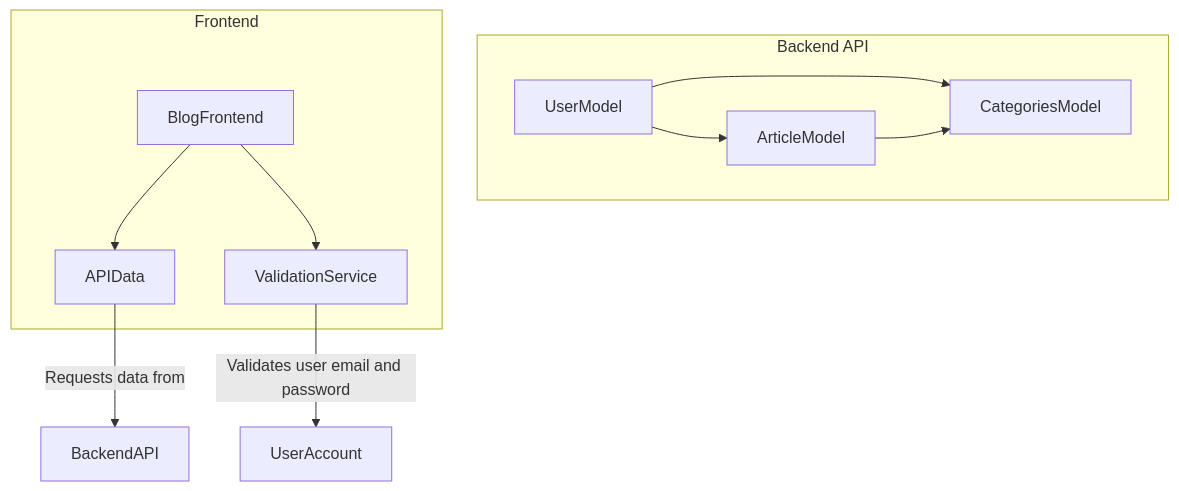
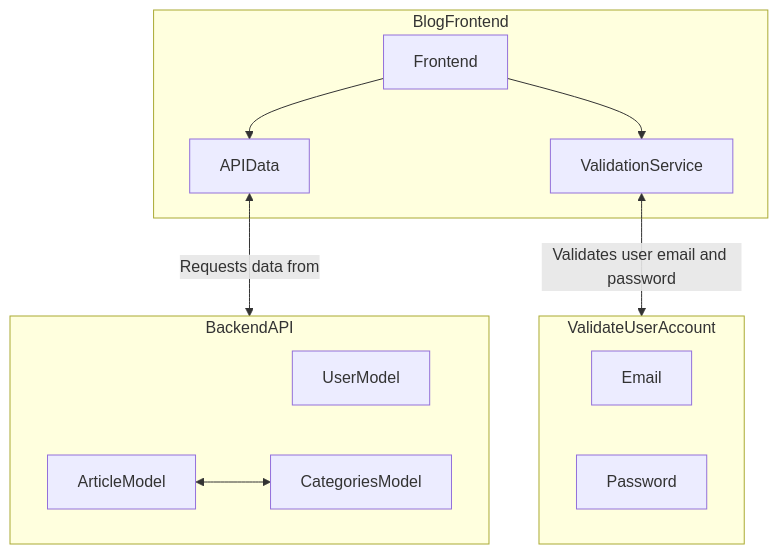
Before and after one commit to atilara/blog-sistemas-distribuidos: the diagram in README.md, drawn with Mermaid.

Commit message:
docs: change diagram

````diff
--- a/README.md
+++ b/README.md
@@ -10,18 +10,23 @@
 ```mermaid
 graph TD
 
-subgraph Backend API
-  UserModel --> ArticleModel
-  UserModel --> CategoriesModel
-  ArticleModel --> CategoriesModel
+subgraph BackendAPI
+  UserModel
+  CategoriesModel
+  ArticleModel <--> CategoriesModel
 end
 
-subgraph Frontend
-  BlogFrontend --> APIData
-  BlogFrontend --> ValidationService
+subgraph ValidateUserAccount
+  Email
+  Password
 end
 
-ValidationService -->|Validates user email and password| UserAccount
+subgraph BlogFrontend
+  Frontend --> APIData
+  Frontend --> ValidationService
+end
 
-APIData -->|Requests data from| BackendAPI
+ValidationService <-->|Validates user email and password| ValidateUserAccount
+
+APIData <-->|Requests data from| BackendAPI
 ```
````
